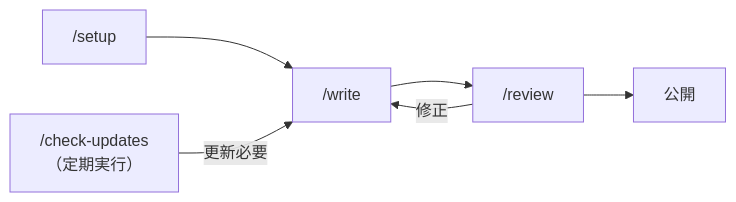
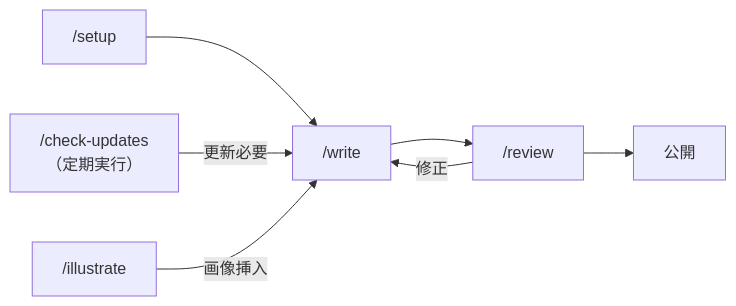
The fourth of 4 diagrams in README.md (yotaro0616/curriculum-writer), drawn with Mermaid before and after one commit. The commit also changed other lines of this file and 1 other file, not shown here.

Commit message:
/illustrate スキル追加に伴い CLAUDE.md・README.md を更新

````diff
--- a/README.md
+++ b/README.md
@@ -140,8 +155,9 @@
 ```mermaid
 flowchart LR
     setup["/setup"] --> write["/write"]
     write --> review["/review"]
     review -->|修正| write
     review --> publish["公開"]
     check["/check-updates\n（定期実行）"] -->|更新必要| write
+    illustrate["/illustrate"] -->|画像挿入| write
 ```
````
